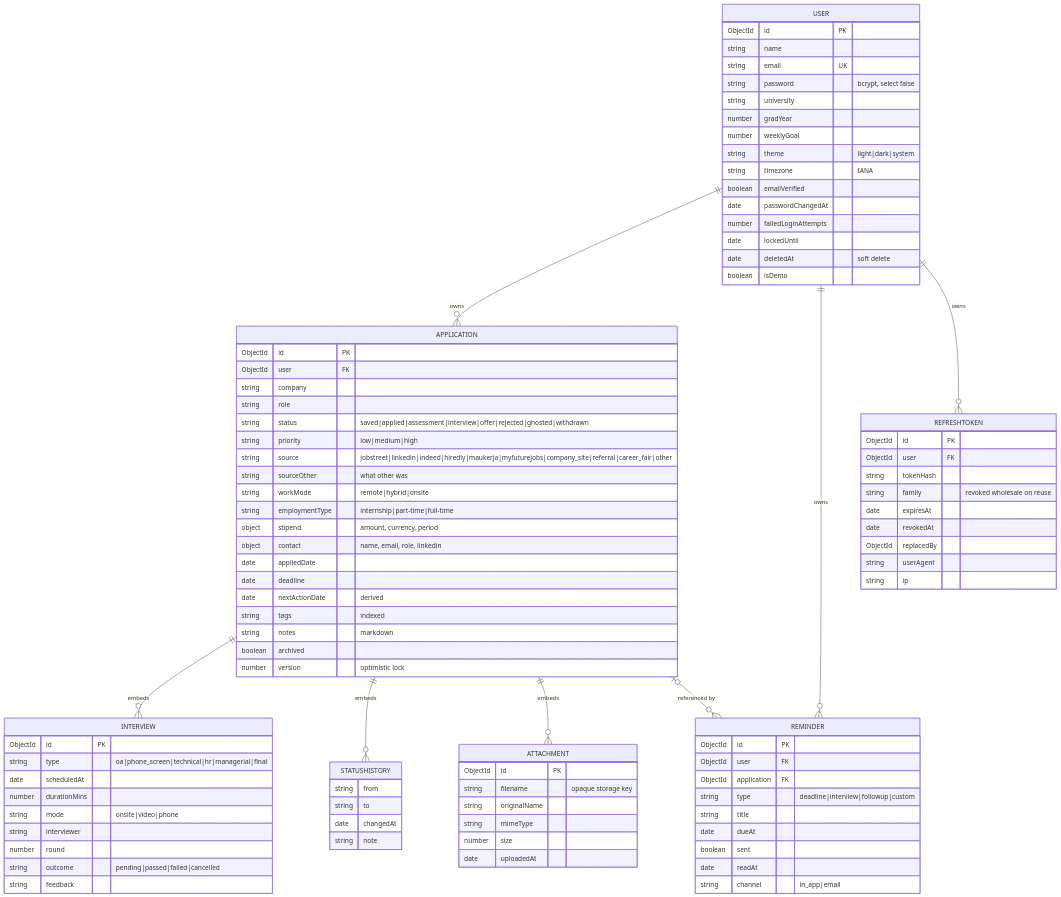
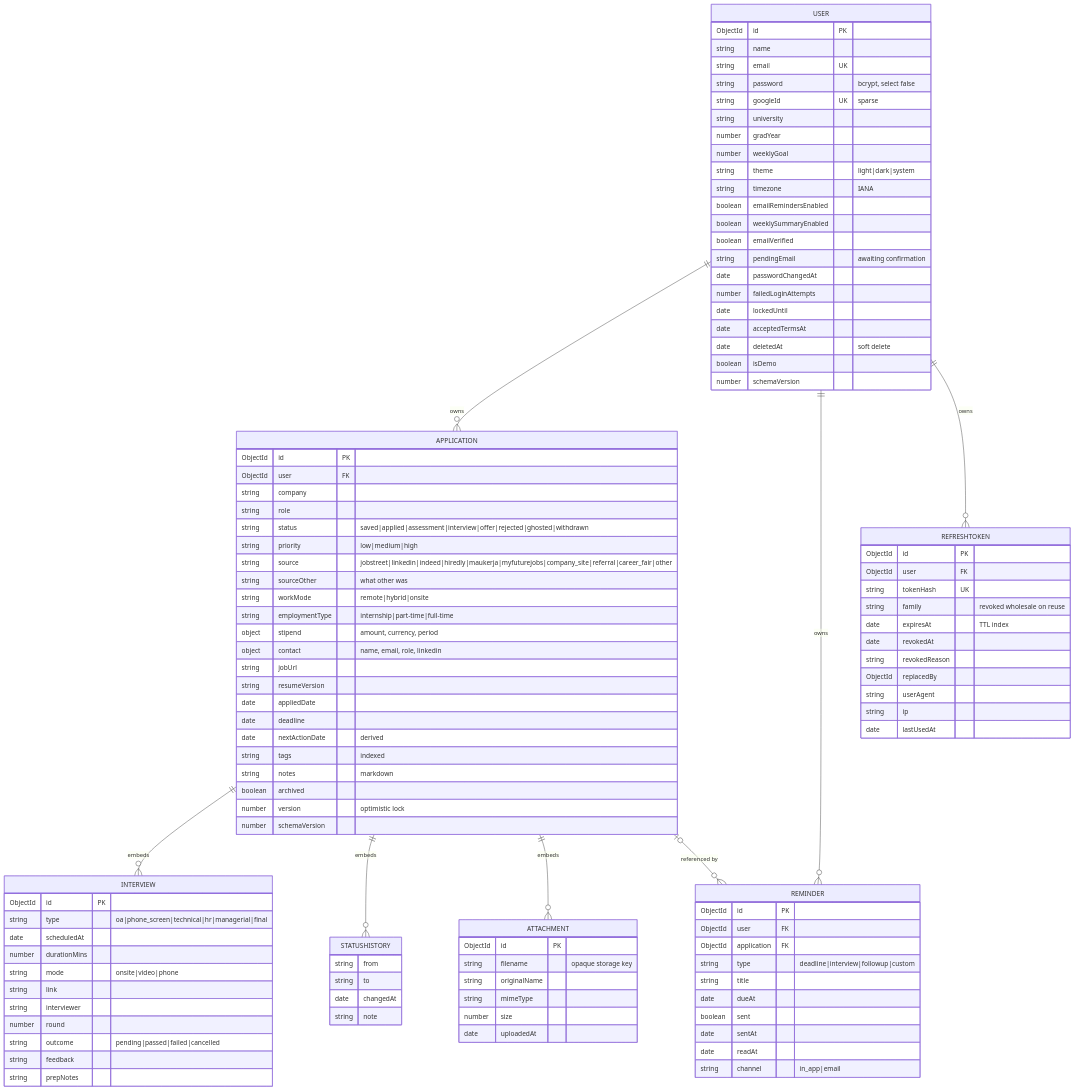
The second of 2 diagrams in README.md (naabelverse/internship-tracker), drawn with Mermaid before and after one commit. The commit also changed other lines of this file and 1 other file, not shown here.

````diff
--- a/README.md
+++ b/README.md
@@ -387,17 +462,23 @@
         string name
         string email UK
         string password "bcrypt, select false"
+        string googleId UK "sparse"
         string university
         number gradYear
         number weeklyGoal
         string theme "light|dark|system"
         string timezone "IANA"
+        boolean emailRemindersEnabled
+        boolean weeklySummaryEnabled
         boolean emailVerified
+        string pendingEmail "awaiting confirmation"
         date passwordChangedAt
         number failedLoginAttempts
         date lockedUntil
+        date acceptedTermsAt
         date deletedAt "soft delete"
         boolean isDemo
+        number schemaVersion
     }
 
     APPLICATION {
@@ -413,6 +494,8 @@
         string employmentType "internship|part-time|full-time"
         object stipend "amount, currency, period"
         object contact "name, email, role, linkedin"
+        string jobUrl
+        string resumeVersion
         date appliedDate
         date deadline
         date nextActionDate "derived"
@@ -420,6 +503,7 @@
         string notes "markdown"
         boolean archived
         number version "optimistic lock"
+        number schemaVersion
     }
 
     INTERVIEW {
@@ -428,10 +512,12 @@
         date scheduledAt
         number durationMins
         string mode "onsite|video|phone"
+        string link
         string interviewer
         number round
         string outcome "pending|passed|failed|cancelled"
         string feedback
+        string prepNotes
     }
 
     STATUSHISTORY {
@@ -458,6 +544,7 @@
         string title
         date dueAt
         boolean sent
+        date sentAt
         date readAt
         string channel "in_app|email"
     }
@@ -465,12 +552,14 @@
     REFRESHTOKEN {
         ObjectId id PK
         ObjectId user FK
-        string tokenHash
+        string tokenHash UK
         string family "revoked wholesale on reuse"
-        date expiresAt
+        date expiresAt "TTL index"
         date revokedAt
+        string revokedReason
         ObjectId replacedBy
         string userAgent
         string ip
+        date lastUsedAt
     }
 ```
````
